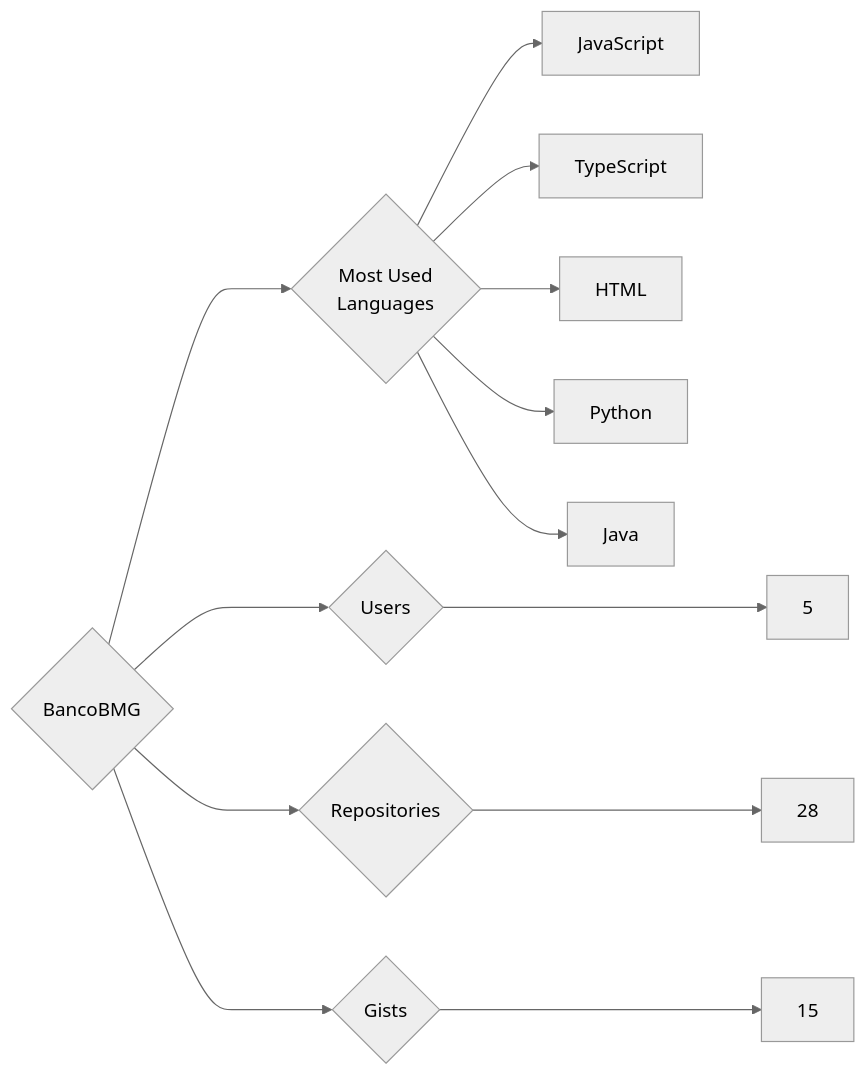
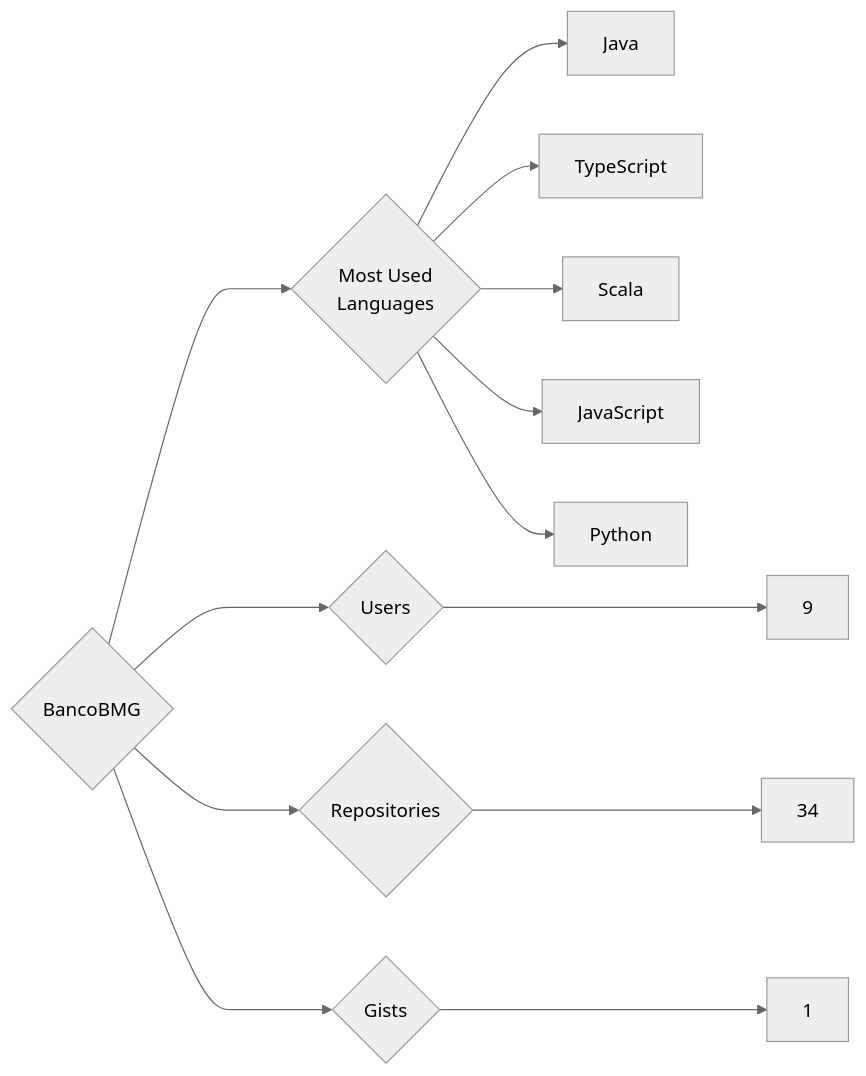
The diagram in targets/BancoBMG/README.md (trickest/insiders), drawn with Mermaid (neutral theme) before and after one commit. The commit also changed 933 other files, not shown here.

````diff
--- a/targets/BancoBMG/README.md
+++ b/targets/BancoBMG/README.md
@@ -3,13 +3,13 @@
 ```mermaid
 graph LR
 COMPANY_NAME{BancoBMG}
-COMPANY_NAME ---> U{Users} ---> UN[5]
-COMPANY_NAME ---> R{Repositories} ---> RN[28]
-COMPANY_NAME ---> G{Gists} ---> GN[15]
+COMPANY_NAME ---> U{Users} ---> UN[9]
+COMPANY_NAME ---> R{Repositories} ---> RN[34]
+COMPANY_NAME ---> G{Gists} ---> GN[1]
 COMPANY_NAME ---> ML{Most Used<br>Languages}
+ML --> Java[Java]
+ML --> TypeScript[TypeScript]
+ML --> Scala[Scala]
 ML --> JavaScript[JavaScript]
-ML --> TypeScript[TypeScript]
-ML --> HTML[HTML]
 ML --> Python[Python]
-ML --> Java[Java]
 ```
````
